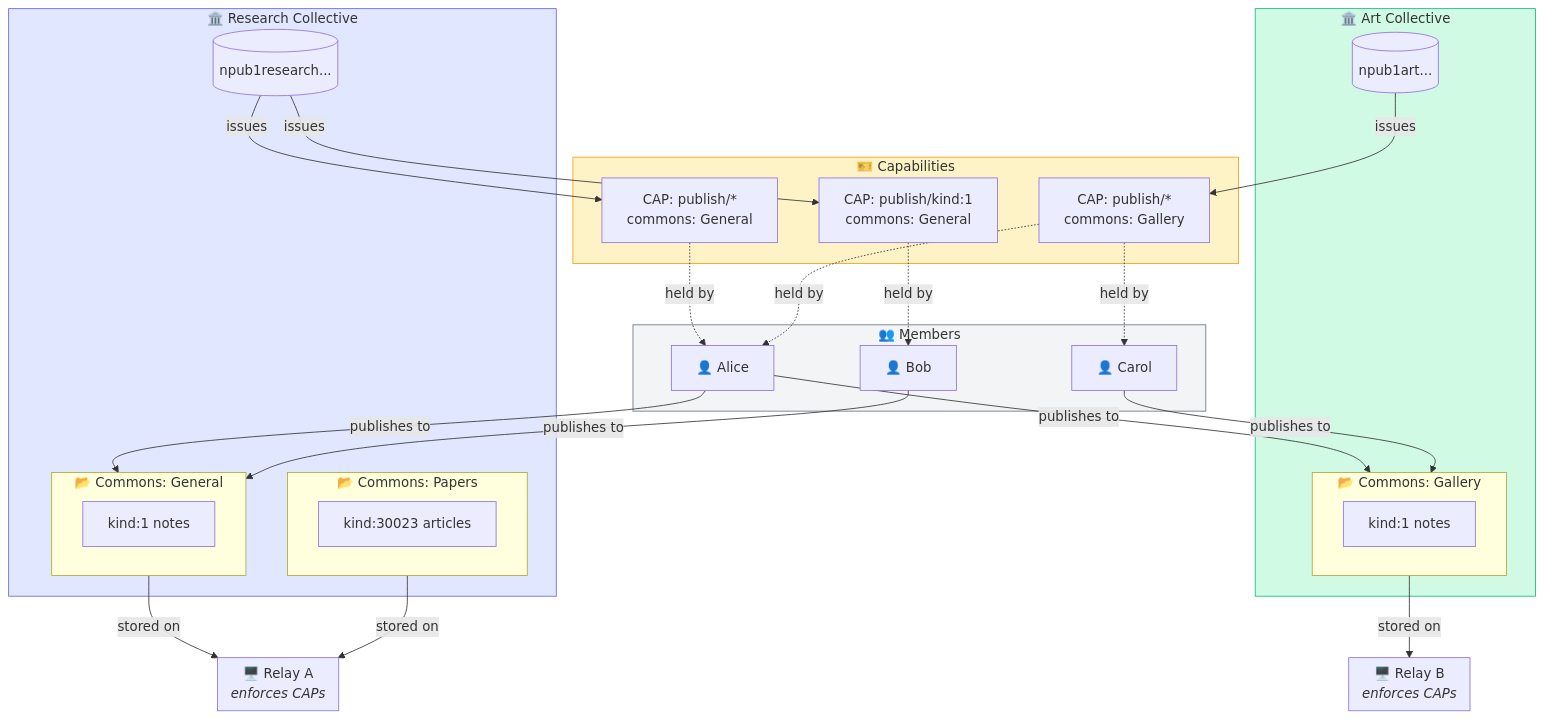
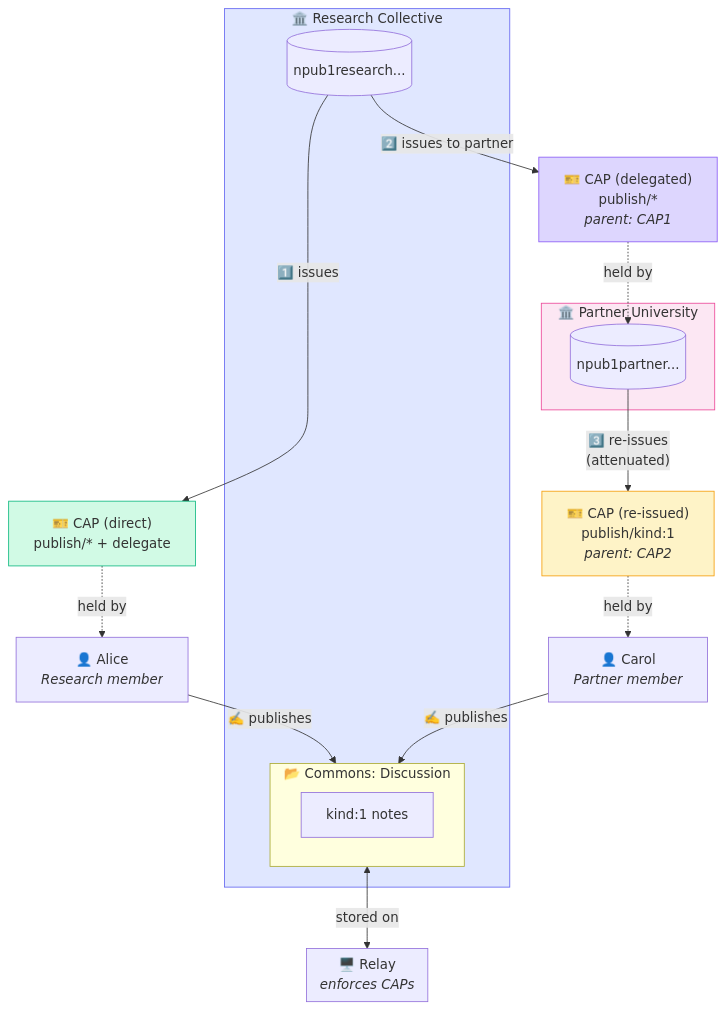
The second of 4 diagrams in README.md (nigini/nostr-collectives), drawn with Mermaid before and after one commit. The commit also changed other lines of this file, not shown here.

Commit message:
Broke down the system overview into two use cases.

````diff
--- a/README.md
+++ b/README.md
@@ -35,62 +80,43 @@
 ```mermaid
 flowchart TB
-    subgraph Relay1["🖥️ Relay A<br/><i>enforces CAPs</i>"]
-        direction TB
-    end
-
-    subgraph Relay2["🖥️ Relay B<br/><i>enforces CAPs</i>"]
-        direction TB
+    subgraph Relay["🖥️ Relay<br/><i>enforces CAPs</i>"]
     end
 
     subgraph Collective1["🏛️ Research Collective"]
         C1ID[("npub1research...")]
-        subgraph Commons1["📂 Commons: General"]
-            C1Posts["kind:1 notes"]
-        end
-        subgraph Commons2["📂 Commons: Papers"]
-            C2Posts["kind:30023 articles"]
+        subgraph Commons["📂 Commons: Discussion"]
+            Posts["kind:1 notes"]
         end
     end
 
-    subgraph Collective2["🏛️ Art Collective"]
-        C2ID[("npub1art...")]
-        subgraph Commons3["📂 Commons: Gallery"]
-            C3Posts["kind:1 notes"]
-        end
+    subgraph Collective2["🏛️ Partner University"]
+        C2ID[("npub1partner...")]
     end
 
-    subgraph Members["👥 Members"]
-        Alice["👤 Alice"]
-        Bob["👤 Bob"]
-        Carol["👤 Carol"]
-    end
+    Alice["👤 Alice<br/><i>Research member</i>"]
+    Carol["👤 Carol<br/><i>Partner member</i>"]
 
-    subgraph CAPs["🎫 Capabilities"]
-        CAP1["CAP: publish/*<br/>commons: General"]
-        CAP2["CAP: publish/kind:1<br/>commons: General"]
-        CAP3["CAP: publish/*<br/>commons: Gallery"]
-    end
+    CAP1["🎫 CAP (direct)<br/>publish/* + delegate"]
+    CAP2["🎫 CAP (delegated)<br/>publish/*<br/><i>parent: CAP1</i>"]
+    CAP3["🎫 CAP (re-issued)<br/>publish/kind:1<br/><i>parent: CAP2</i>"]
 
-    C1ID -->|"issues"| CAP1
-    C1ID -->|"issues"| CAP2
-    C2ID -->|"issues"| CAP3
+    C1ID -->|"1️⃣ issues"| CAP1
+    C1ID -->|"2️⃣ issues to partner"| CAP2
 
     CAP1 -.->|"held by"| Alice
-    CAP2 -.->|"held by"| Bob
+    CAP2 -.->|"held by"| C2ID
+
+    C2ID -->|"3️⃣ re-issues<br/>(attenuated)"| CAP3
     CAP3 -.->|"held by"| Carol
-    CAP3 -.->|"held by"| Alice
 
-    Alice -->|"publishes to"| Commons1
-    Alice -->|"publishes to"| Commons3
-    Bob -->|"publishes to"| Commons1
-    Carol -->|"publishes to"| Commons3
+    Alice -->|"✍️ publishes"| Commons
+    Carol -->|"✍️ publishes"| Commons
 
-    Commons1 -->|"stored on"| Relay1
-    Commons2 -->|"stored on"| Relay1
-    Commons3 -->|"stored on"| Relay2
+    Commons <-->|"stored on"| Relay
 
     style Collective1 fill:#e0e7ff,stroke:#6366f1
-    style Collective2 fill:#d1fae5,stroke:#10b981
-    style CAPs fill:#fef3c7,stroke:#f59e0b
-    style Members fill:#f3f4f6,stroke:#6b7280
+    style Collective2 fill:#fce7f3,stroke:#ec4899
+    style CAP1 fill:#d1fae5,stroke:#10b981
+    style CAP2 fill:#ddd6fe,stroke:#8b5cf6
+    style CAP3 fill:#fef3c7,stroke:#f59e0b
 ```
````
